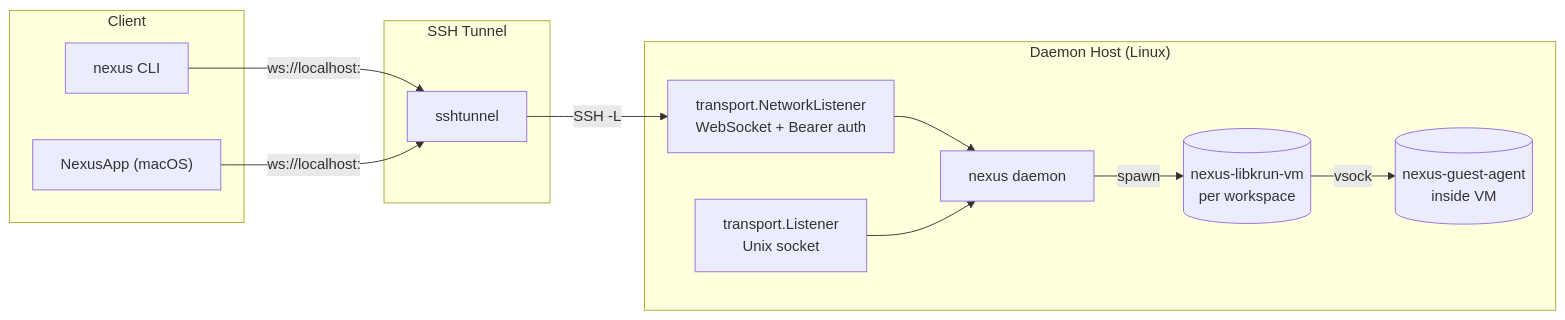
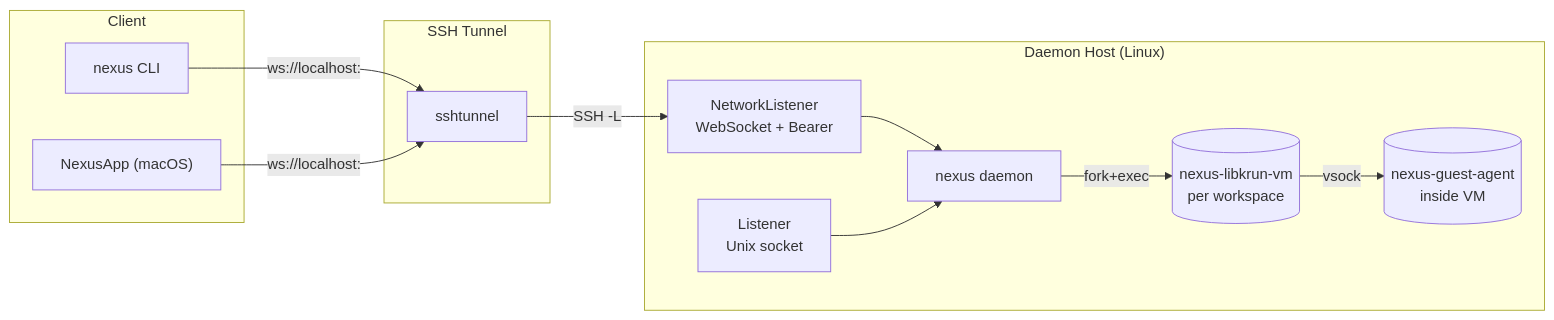
The first of 5 diagrams in ARCHITECTURE.md (oursky/nexus), drawn with Mermaid before and after one commit. The commit also changed other lines of this file and 7 other files, not shown here.

````diff
--- a/ARCHITECTURE.md
+++ b/ARCHITECTURE.md
@@ -20,27 +38,27 @@
 ```mermaid
 graph LR
     subgraph Client
         CLI["nexus CLI"]
         App["NexusApp (macOS)"]
     end
 
     subgraph "SSH Tunnel"
         ST["sshtunnel"]
     end
 
     subgraph "Daemon Host (Linux)"
-        NL["transport.NetworkListener<br/>WebSocket + Bearer auth"]
-        US["transport.Listener<br/>Unix socket"]
+        NL["NetworkListener<br/>WebSocket + Bearer"]
+        US["Listener<br/>Unix socket"]
         Daemon["nexus daemon"]
         VM[("nexus-libkrun-vm<br/>per workspace")]
         GA[("nexus-guest-agent<br/>inside VM")]
     end
 
     CLI -->|"ws://localhost:<port>"| ST
     App -->|"ws://localhost:<port>"| ST
     ST -->|"SSH -L"| NL
     NL --> Daemon
     US --> Daemon
-    Daemon -->|"spawn"| VM
+    Daemon -->|"fork+exec"| VM
     VM -->|"vsock"| GA
 ```
````
